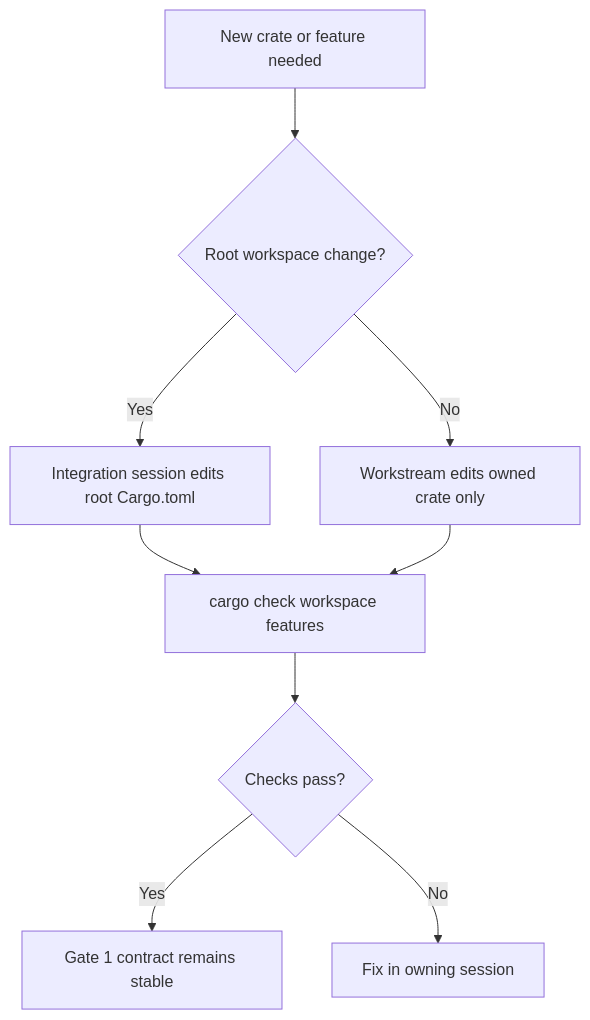
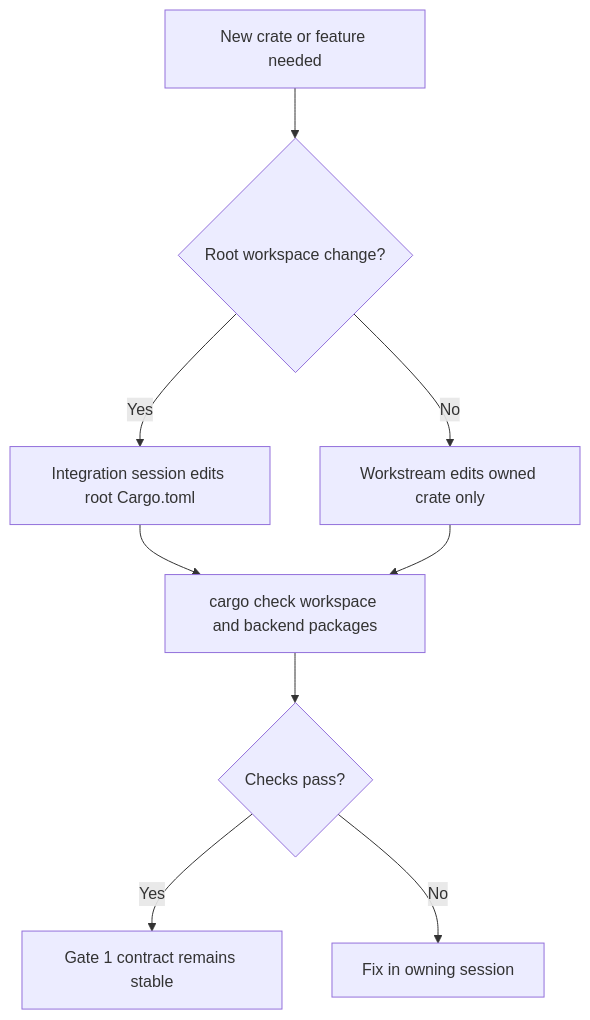
Before and after one commit to TerricSH/Engine: the first of 2 diagrams in design/gate-01-workspace-rhi/03-best-practices.md, drawn with Mermaid. The commit also changed other lines of this file and 92 other files, not shown here.

````diff
--- a/design/gate-01-workspace-rhi/03-best-practices.md
+++ b/design/gate-01-workspace-rhi/03-best-practices.md
@@ -119,11 +119,11 @@
 ```mermaid
 flowchart TB
    Request[New crate or feature needed] --> Owner{Root workspace change?}
    Owner -->|Yes| Integration[Integration session edits root Cargo.toml]
    Owner -->|No| Workstream[Workstream edits owned crate only]
-   Integration --> Check[cargo check workspace features]
+   Integration --> Check[cargo check workspace and backend packages]
    Workstream --> Check
    Check --> Merge{Checks pass?}
    Merge -->|Yes| Frozen[Gate 1 contract remains stable]
    Merge -->|No| Fix[Fix in owning session]
 ```
````
